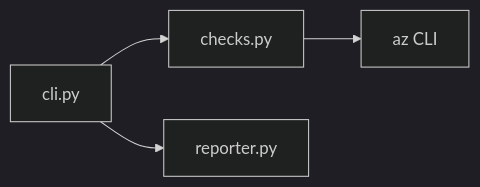
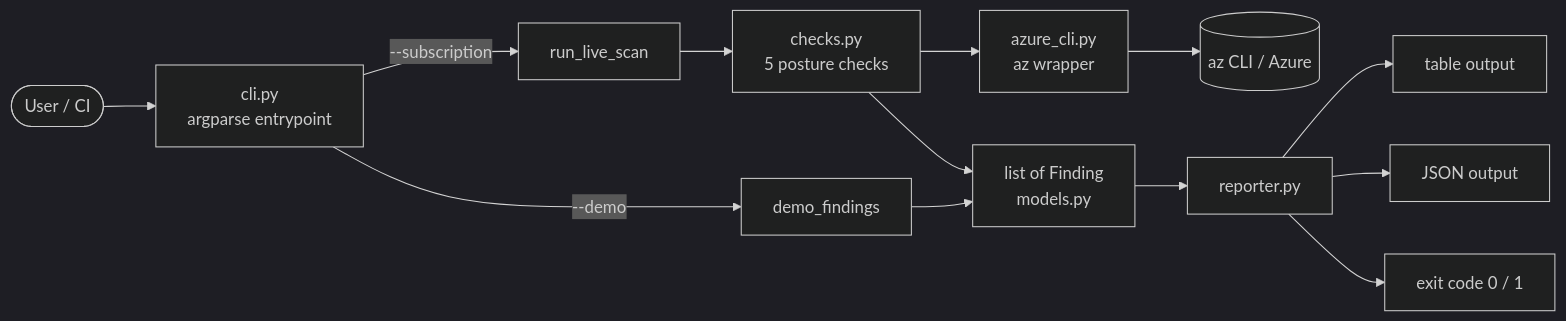
Before and after one commit to shohrabniaz/cloud-security-scanner: the diagram in README.md, drawn with Mermaid (dark theme). The commit also changed other lines of this file, not shown here.

Commit message:
docs: professional README with architecture diagram, tests, and research roadmap

````diff
--- a/README.md
+++ b/README.md
@@ -50,6 +44,19 @@
 ```mermaid
 flowchart LR
-  CLI[cli.py] --> CHK[checks.py]
-  CHK --> AZ[az CLI]
-  CLI --> RPT[reporter.py]
+  user([User / CI]) --> cli[cli.py<br/>argparse entrypoint]
+
+  cli -->|--demo| demo[demo_findings]
+  cli -->|--subscription| scan[run_live_scan]
+
+  scan --> checks[checks.py<br/>5 posture checks]
+  checks --> azcli[azure_cli.py<br/>az wrapper]
+  azcli --> az[(az CLI / Azure)]
+
+  demo --> findings[list of Finding<br/>models.py]
+  checks --> findings
+
+  findings --> reporter[reporter.py]
+  reporter --> table[table output]
+  reporter --> json[JSON output]
+  reporter --> code[exit code 0 / 1]
 ```
````
